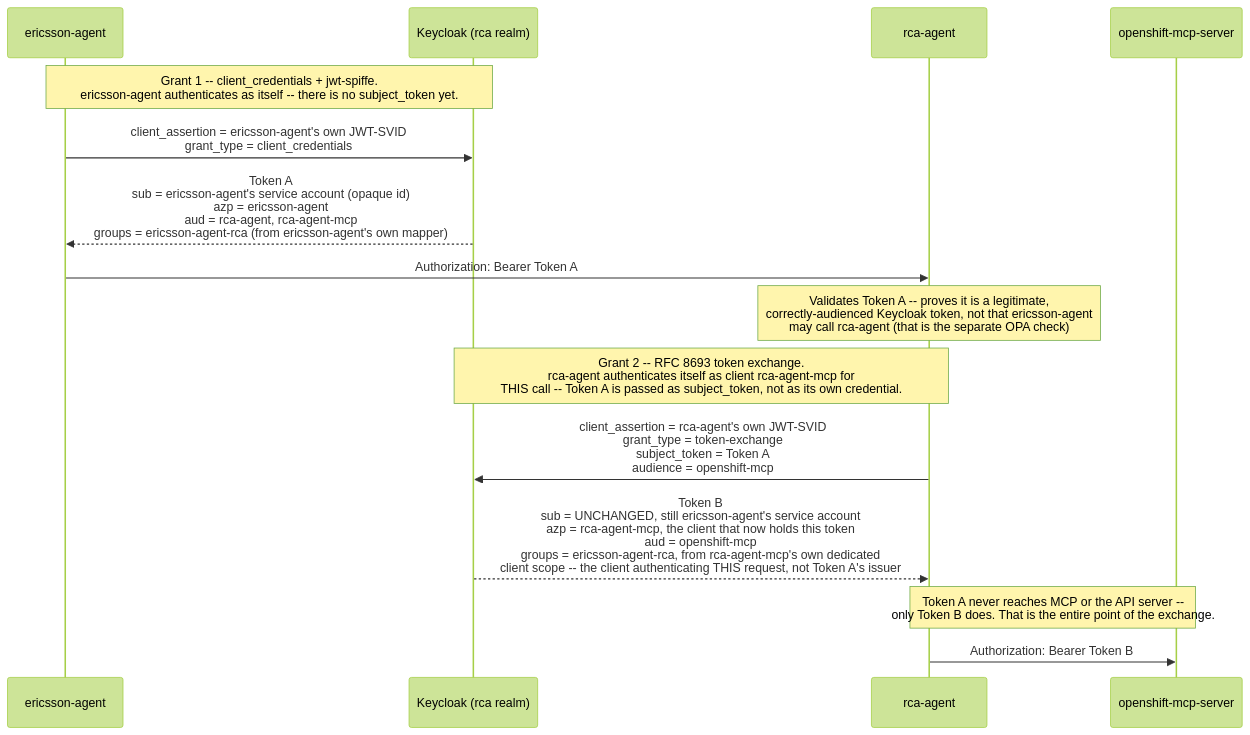
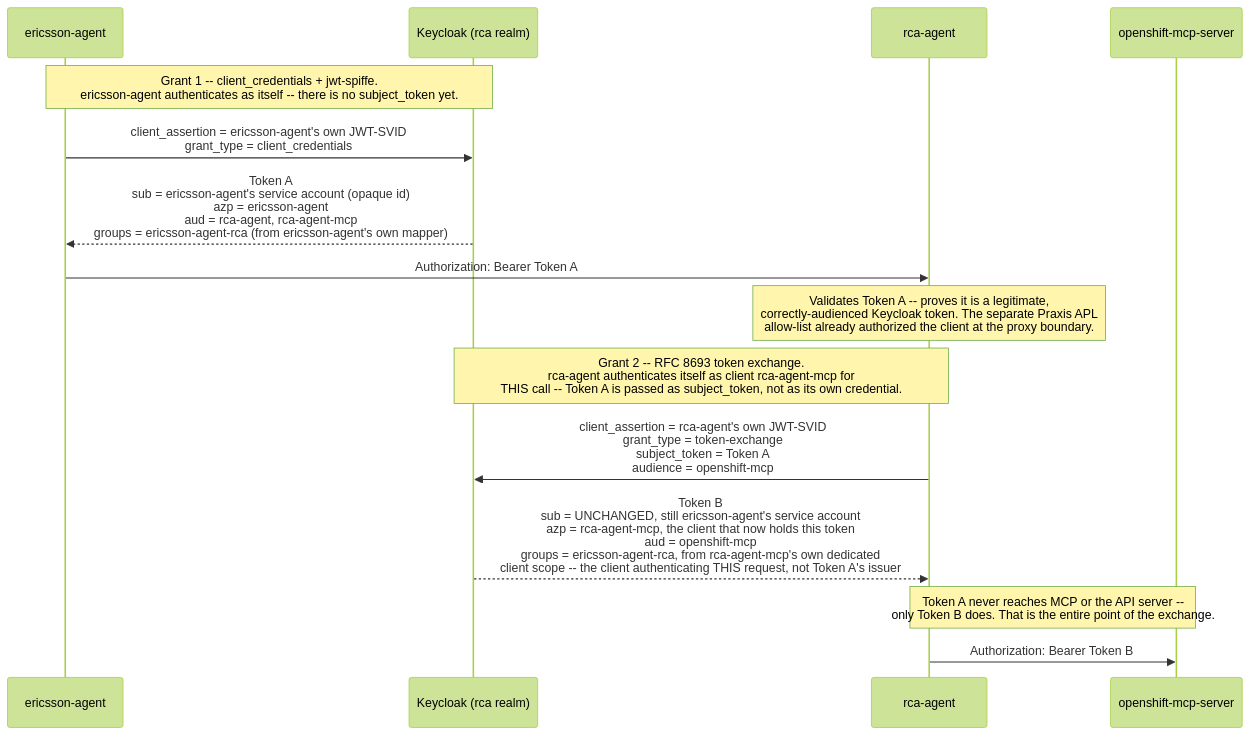
Before and after one commit to luis5tb/multicloud-gitops: the second of 2 diagrams in agents/AUTHENTICATION.md, drawn with Mermaid (forest theme). The commit also changed other lines of this file and 29 other files, not shown here.

First line of the commit message:
feat(auth): replace OPA with Praxis policy gateway

````diff
--- a/agents/AUTHENTICATION.md
+++ b/agents/AUTHENTICATION.md
@@ -133,22 +135,22 @@
 ```mermaid
 sequenceDiagram
     participant Eric as ericsson-agent
     participant KC as Keycloak (rca realm)
     participant RCA as rca-agent
     participant MCP as openshift-mcp-server
 
     Note over Eric,KC: Grant 1 -- client_credentials + jwt-spiffe.<br/>ericsson-agent authenticates as itself -- there is no subject_token yet.
     Eric->>KC: client_assertion = ericsson-agent's own JWT-SVID<br/>grant_type = client_credentials
     KC-->>Eric: Token A<br/>sub = ericsson-agent's service account (opaque id)<br/>azp = ericsson-agent<br/>aud = rca-agent, rca-agent-mcp<br/>groups = ericsson-agent-rca (from ericsson-agent's own mapper)
 
     Eric->>RCA: Authorization: Bearer Token A
 
-    Note over RCA: Validates Token A -- proves it is a legitimate,<br/>correctly-audienced Keycloak token, not that ericsson-agent<br/>may call rca-agent (that is the separate OPA check)
+    Note over RCA: Validates Token A -- proves it is a legitimate,<br/>correctly-audienced Keycloak token. The separate Praxis APL<br/>allow-list already authorized the client at the proxy boundary.
 
     Note over RCA,KC: Grant 2 -- RFC 8693 token exchange.<br/>rca-agent authenticates itself as client rca-agent-mcp for<br/>THIS call -- Token A is passed as subject_token, not as its own credential.
     RCA->>KC: client_assertion = rca-agent's own JWT-SVID<br/>grant_type = token-exchange<br/>subject_token = Token A<br/>audience = openshift-mcp
     KC-->>RCA: Token B<br/>sub = UNCHANGED, still ericsson-agent's service account<br/>azp = rca-agent-mcp, the client that now holds this token<br/>aud = openshift-mcp<br/>groups = ericsson-agent-rca, from rca-agent-mcp's own dedicated<br/>client scope -- the client authenticating THIS request, not Token A's issuer
 
     Note over RCA,MCP: Token A never reaches MCP or the API server --<br/>only Token B does. That is the entire point of the exchange.
     RCA->>MCP: Authorization: Bearer Token B
 ```
````
